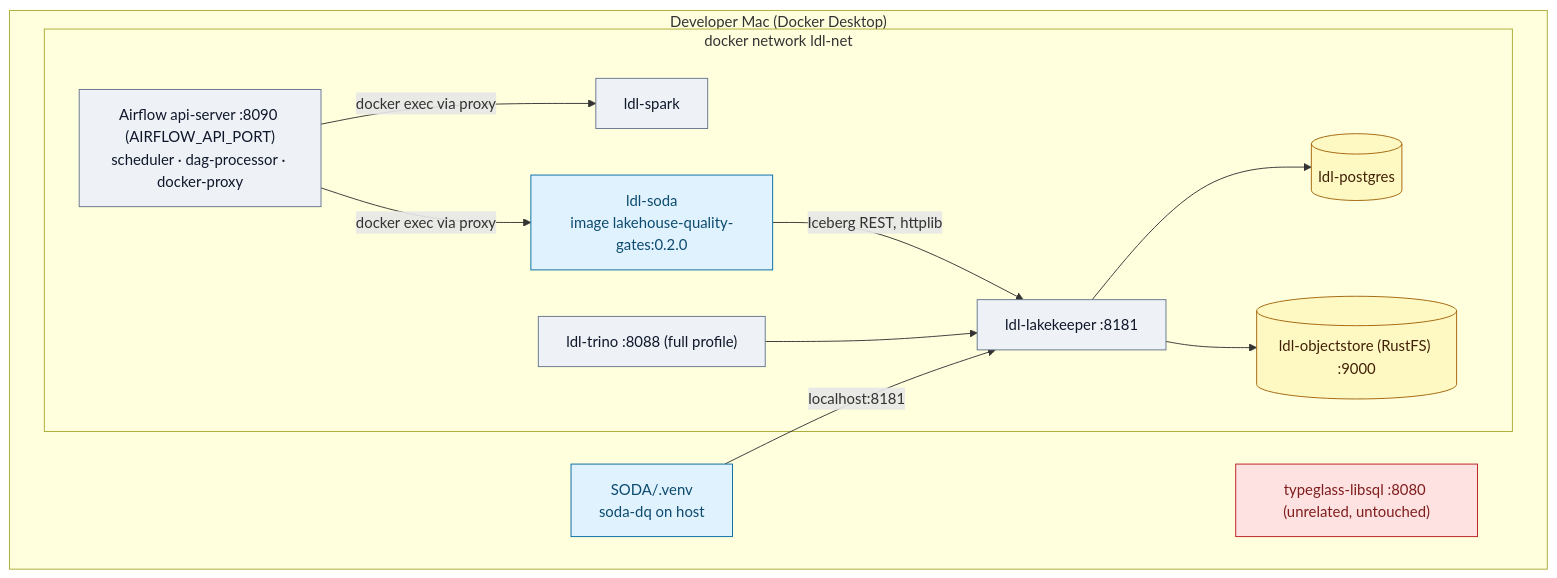
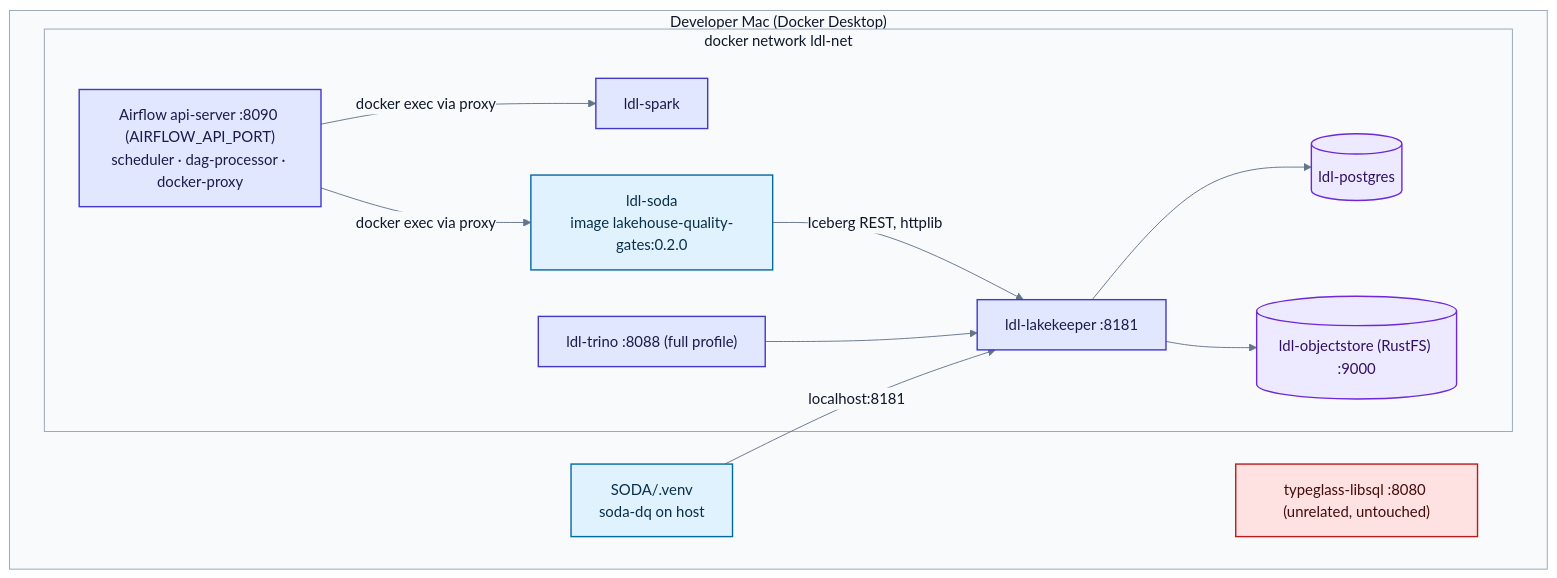
The seventh of 9 diagrams in docs/architecture.md (santoshshinde2012/lakehouse-quality-gates), drawn with Mermaid before and after one commit. The commit also changed other lines of this file and 20 other files, not shown here.

Commit message:
docs: overhaul README and architecture diagrams

````diff
--- a/docs/architecture.md
+++ b/docs/architecture.md
@@ -184,28 +270,31 @@
 ```mermaid
+%%{init: {"theme": "base", "themeVariables": {"fontFamily": "Inter, Segoe UI, Helvetica, Arial, sans-serif", "lineColor": "#64748b", "primaryTextColor": "#0f172a", "primaryColor": "#e0e7ff", "primaryBorderColor": "#4338ca", "secondaryColor": "#dcfce7", "tertiaryColor": "#f8fafc", "edgeLabelBackground": "#f8fafc", "actorBkg": "#e0e7ff", "actorBorder": "#4338ca", "noteBkgColor": "#fef3c7", "noteBorderColor": "#b45309", "signalColor": "#334155", "signalTextColor": "#0f172a"}}}%%
 flowchart TB
   subgraph HOST["Developer Mac (Docker Desktop)"]
     subgraph NET["docker network ldl-net"]
       LK["ldl-lakekeeper :8181"]:::ext
       OS[("ldl-objectstore (RustFS) :9000")]:::store
       PG[("ldl-postgres")]:::store
       SP["ldl-spark"]:::ext
       TR["ldl-trino :8088 (full profile)"]:::ext
       AF["Airflow api-server :8090 (AIRFLOW_API_PORT)<br/>scheduler · dag-processor · docker-proxy"]:::ext
       SO["ldl-soda<br/>image lakehouse-quality-gates:0.2.0"]:::dq
     end
     VENV["SODA/.venv<br/>soda-dq on host"]:::dq
     TG["typeglass-libsql :8080 (unrelated, untouched)"]:::fail
   end
   AF -- "docker exec via proxy" --> SP
   AF -- "docker exec via proxy" --> SO
   SO -- "Iceberg REST, httplib" --> LK
   VENV -- "localhost:8181" --> LK
   LK --> PG
   LK --> OS
   TR --> LK
-  classDef ext fill:#eef2f7,stroke:#64748b,color:#0f172a
-  classDef dq fill:#e0f2fe,stroke:#0369a1,color:#0c4a6e
-  classDef store fill:#fef9c3,stroke:#a16207,color:#422006
-  classDef gate fill:#dcfce7,stroke:#15803d,color:#14532d
-  classDef fail fill:#fee2e2,stroke:#b91c1c,color:#7f1d1d
+  classDef ext fill:#e0e7ff,stroke:#4338ca,stroke-width:1.5px,color:#1e1b4b
+  classDef dq fill:#e0f2fe,stroke:#0369a1,stroke-width:1.5px,color:#082f49
+  classDef store fill:#ede9fe,stroke:#6d28d9,stroke-width:1.5px,color:#2e1065
+  classDef gate fill:#dcfce7,stroke:#15803d,stroke-width:1.5px,color:#052e16
+  classDef fail fill:#fee2e2,stroke:#b91c1c,stroke-width:1.5px,color:#450a0a
+  style HOST fill:#f8fafc,stroke:#94a3b8,color:#0f172a
+  style NET fill:#f8fafc,stroke:#94a3b8,color:#0f172a
 ```
````
